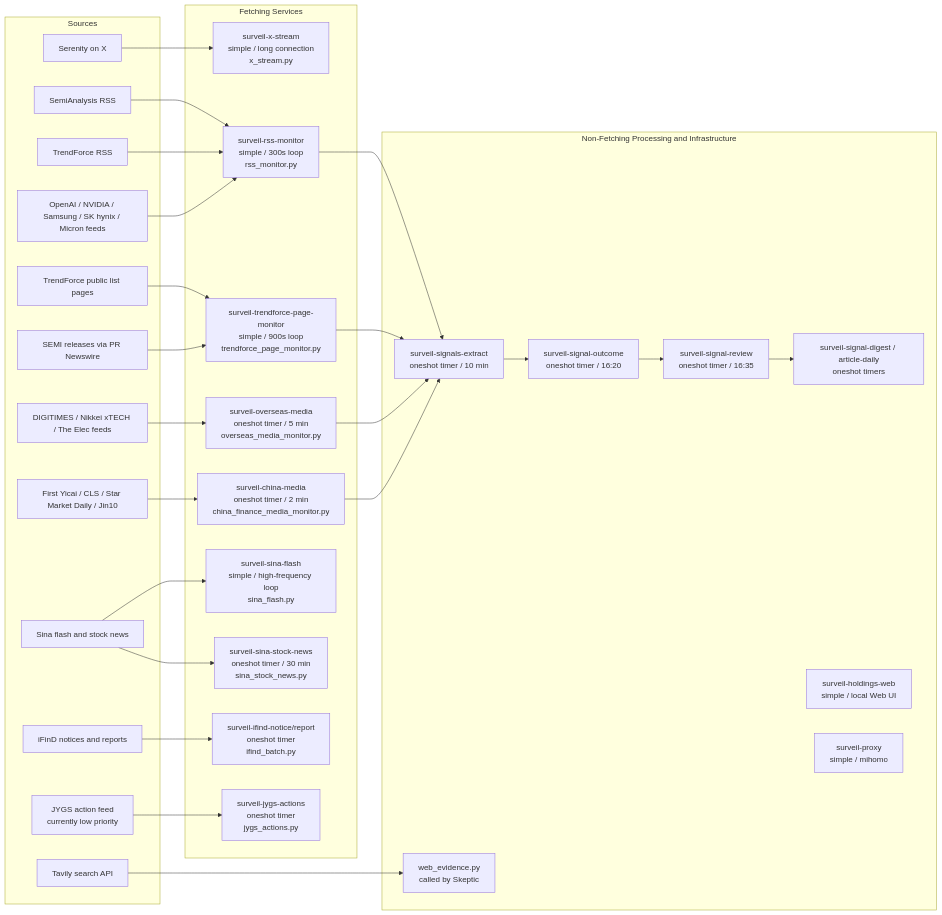
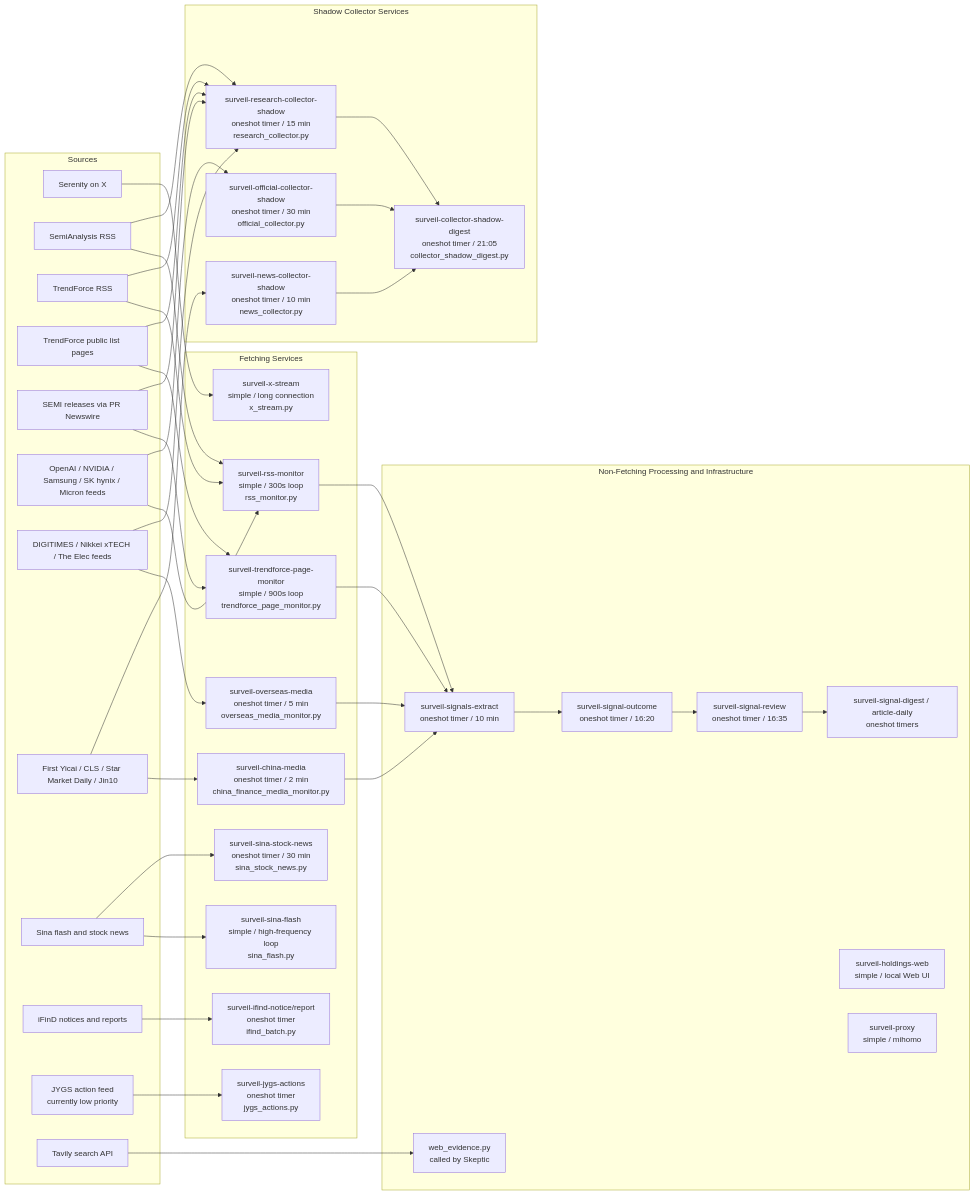
Before and after one commit to Stayfoool/MarketPulseWire: the second of 5 diagrams in docs/architecture-flow.md, drawn with Mermaid. The commit also changed other lines of this file and 15 other files, not shown here.

Commit message:
Install shadow collector timers

````diff
--- a/docs/architecture-flow.md
+++ b/docs/architecture-flow.md
@@ -112,58 +112,75 @@
 ```mermaid
 flowchart LR
     subgraph Sources["Sources"]
         Serenity["Serenity on X"]
         SemiAnalysis["SemiAnalysis RSS"]
         TrendRSS["TrendForce RSS"]
         TrendPages["TrendForce public list pages"]
         SemiPR["SEMI releases via PR Newswire"]
         CompanyFeeds["OpenAI / NVIDIA / Samsung / SK hynix / Micron feeds"]
         OverseasFeeds["DIGITIMES / Nikkei xTECH / The Elec feeds"]
         Domestic["First Yicai / CLS / Star Market Daily / Jin10"]
         Sina["Sina flash and stock news"]
         IfindSource["iFinD notices and reports"]
         JYGSSource["JYGS action feed<br/>currently low priority"]
         EvidenceAPI["Tavily search API"]
     end
 
     subgraph FetchingServices["Fetching Services"]
         XSvc["surveil-x-stream<br/>simple / long connection<br/>x_stream.py"]
         RSSSvc["surveil-rss-monitor<br/>simple / 300s loop<br/>rss_monitor.py"]
         TrendSvc["surveil-trendforce-page-monitor<br/>simple / 900s loop<br/>trendforce_page_monitor.py"]
         OverseasSvc["surveil-overseas-media<br/>oneshot timer / 5 min<br/>overseas_media_monitor.py"]
         ChinaSvc["surveil-china-media<br/>oneshot timer / 2 min<br/>china_finance_media_monitor.py"]
         SinaFlashSvc["surveil-sina-flash<br/>simple / high-frequency loop<br/>sina_flash.py"]
         SinaStockSvc["surveil-sina-stock-news<br/>oneshot timer / 30 min<br/>sina_stock_news.py"]
         IfindSvc["surveil-ifind-notice/report<br/>oneshot timer<br/>ifind_batch.py"]
         JYGSSvc["surveil-jygs-actions<br/>oneshot timer<br/>jygs_actions.py"]
     end
 
+    subgraph ShadowServices["Shadow Collector Services"]
+        ResearchShadow["surveil-research-collector-shadow<br/>oneshot timer / 15 min<br/>research_collector.py"]
+        OfficialShadow["surveil-official-collector-shadow<br/>oneshot timer / 30 min<br/>official_collector.py"]
+        NewsShadow["surveil-news-collector-shadow<br/>oneshot timer / 10 min<br/>news_collector.py"]
+        ShadowDigest["surveil-collector-shadow-digest<br/>oneshot timer / 21:05<br/>collector_shadow_digest.py"]
+    end
+
     subgraph ProcessingServices["Non-Fetching Processing and Infrastructure"]
         SignalExtractSvc["surveil-signals-extract<br/>oneshot timer / 10 min"]
         OutcomeSvc["surveil-signal-outcome<br/>oneshot timer / 16:20"]
         ReviewSvc["surveil-signal-review<br/>oneshot timer / 16:35"]
         DigestSvc["surveil-signal-digest / article-daily<br/>oneshot timers"]
         WebSvc["surveil-holdings-web<br/>simple / local Web UI"]
         ProxySvc["surveil-proxy<br/>simple / mihomo"]
         EvidenceMod["web_evidence.py<br/>called by Skeptic"]
     end
 
     Serenity --> XSvc
     SemiAnalysis --> RSSSvc
+    SemiAnalysis --> ResearchShadow
     TrendRSS --> RSSSvc
+    TrendRSS --> ResearchShadow
     CompanyFeeds --> RSSSvc
+    CompanyFeeds --> OfficialShadow
     TrendPages --> TrendSvc
+    TrendPages --> ResearchShadow
     SemiPR --> TrendSvc
+    SemiPR --> ResearchShadow
     OverseasFeeds --> OverseasSvc
+    OverseasFeeds --> ResearchShadow
     Domestic --> ChinaSvc
+    Domestic --> NewsShadow
     Sina --> SinaFlashSvc
     Sina --> SinaStockSvc
     IfindSource --> IfindSvc
     JYGSSource --> JYGSSvc
     EvidenceAPI --> EvidenceMod
     RSSSvc --> SignalExtractSvc
     TrendSvc --> SignalExtractSvc
     OverseasSvc --> SignalExtractSvc
     ChinaSvc --> SignalExtractSvc
+    ResearchShadow --> ShadowDigest
+    OfficialShadow --> ShadowDigest
+    NewsShadow --> ShadowDigest
     SignalExtractSvc --> OutcomeSvc --> ReviewSvc --> DigestSvc
 ```
````
